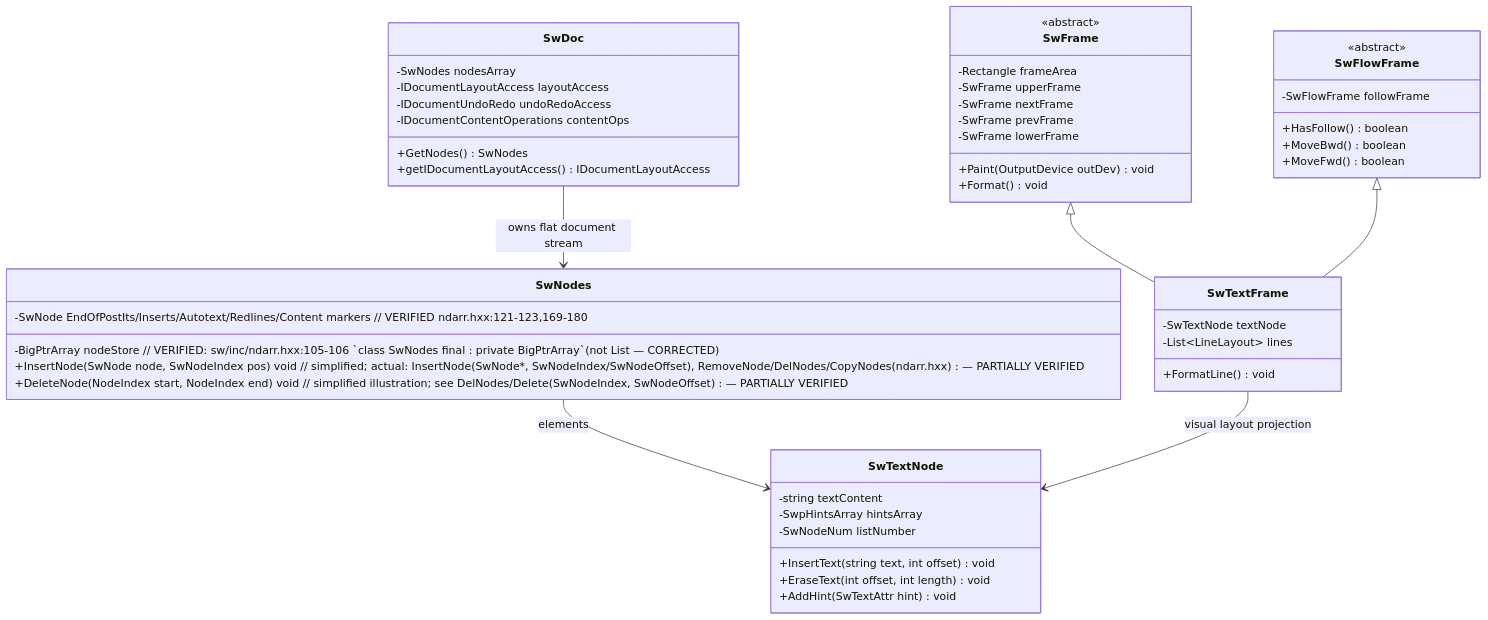
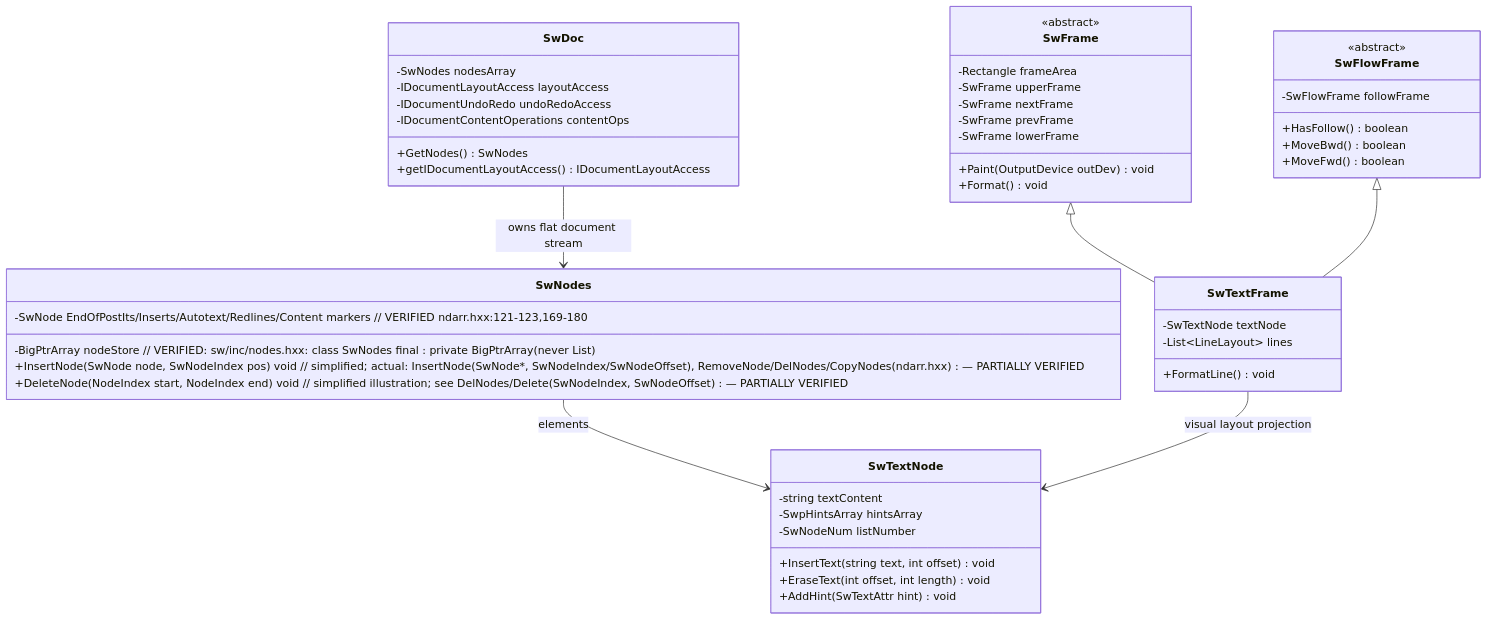
Before and after one commit to OSU-Hackathon-Team/HackOHIO_2026: the first of 2 diagrams in spec/modules/writer.md, drawn with Mermaid. The commit also changed other lines of this file and 8 other files, not shown here.

````diff
--- a/spec/modules/writer.md
+++ b/spec/modules/writer.md
@@ -27,54 +27,54 @@
 ```mermaid
 classDiagram
     direction TB
     class SwDoc {
         -SwNodes nodesArray
         -IDocumentLayoutAccess layoutAccess
         -IDocumentUndoRedo undoRedoAccess
         -IDocumentContentOperations contentOps
         +GetNodes() SwNodes
         +getIDocumentLayoutAccess() IDocumentLayoutAccess
     }
     class SwNodes {
-        -BigPtrArray nodeStore // VERIFIED: sw/inc/ndarr.hxx:105-106 `class SwNodes final : private BigPtrArray` (not List<SwNode> — CORRECTED)
+        -BigPtrArray nodeStore // VERIFIED: sw/inc/nodes.hxx: class SwNodes final : private BigPtrArray (never List<SwNode>)
         -SwNode EndOfPostIts/Inserts/Autotext/Redlines/Content markers // VERIFIED ndarr.hxx:121-123,169-180
         +InsertNode(SwNode node, SwNodeIndex pos) void // simplified; actual: InsertNode(SwNode*, SwNodeIndex/SwNodeOffset), RemoveNode/DelNodes/CopyNodes (ndarr.hxx) — PARTIALLY VERIFIED
         +DeleteNode(NodeIndex start, NodeIndex end) void // simplified illustration; see DelNodes/Delete(SwNodeIndex, SwNodeOffset) — PARTIALLY VERIFIED
     }
     class SwTextNode {
         -string textContent
         -SwpHintsArray hintsArray
         -SwNodeNum listNumber
         +InsertText(string text, int offset) void
         +EraseText(int offset, int length) void
         +AddHint(SwTextAttr hint) void
     }
     class SwFrame {
         <<abstract>>
         -Rectangle frameArea
         -SwFrame upperFrame
         -SwFrame nextFrame
         -SwFrame prevFrame
         -SwFrame lowerFrame
         +Paint(OutputDevice outDev) void
         +Format() void
     }
     class SwFlowFrame {
         <<abstract>>
         -SwFlowFrame followFrame
         +HasFollow() boolean
         +MoveBwd() boolean
         +MoveFwd() boolean
     }
     class SwTextFrame {
         -SwTextNode textNode
         -List~LineLayout~ lines
         +FormatLine() void
     }
 
     SwDoc --> SwNodes : owns flat document stream
     SwNodes --> SwTextNode : elements
     SwFrame <|-- SwTextFrame
     SwFlowFrame <|-- SwTextFrame
     SwTextFrame --> SwTextNode : visual layout projection
 ```
````
